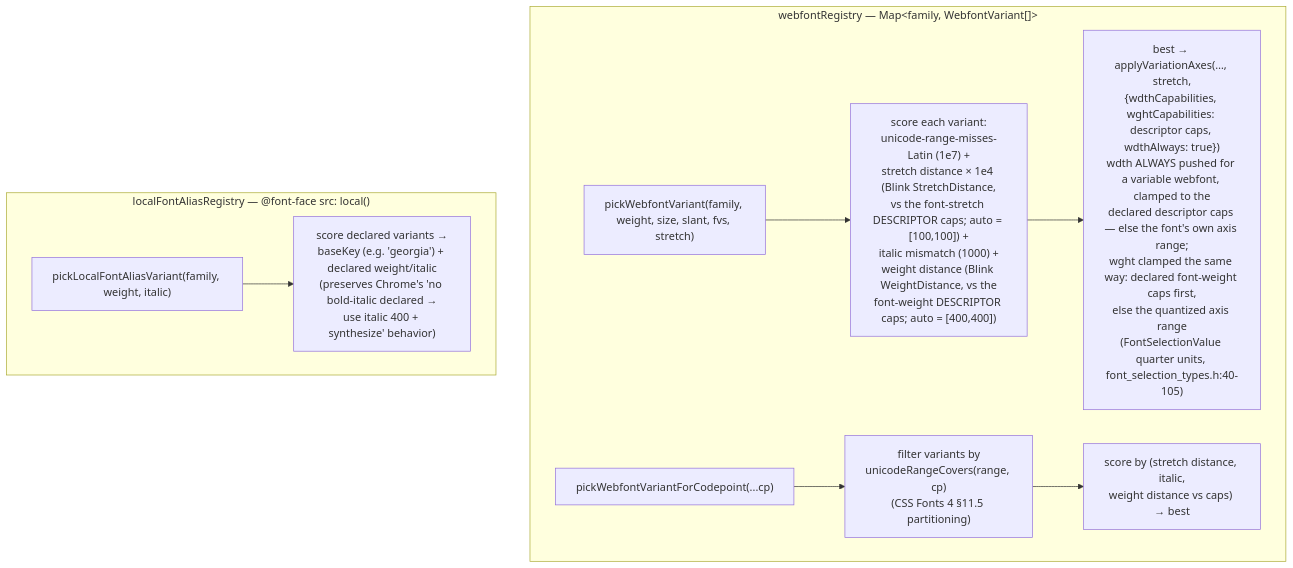
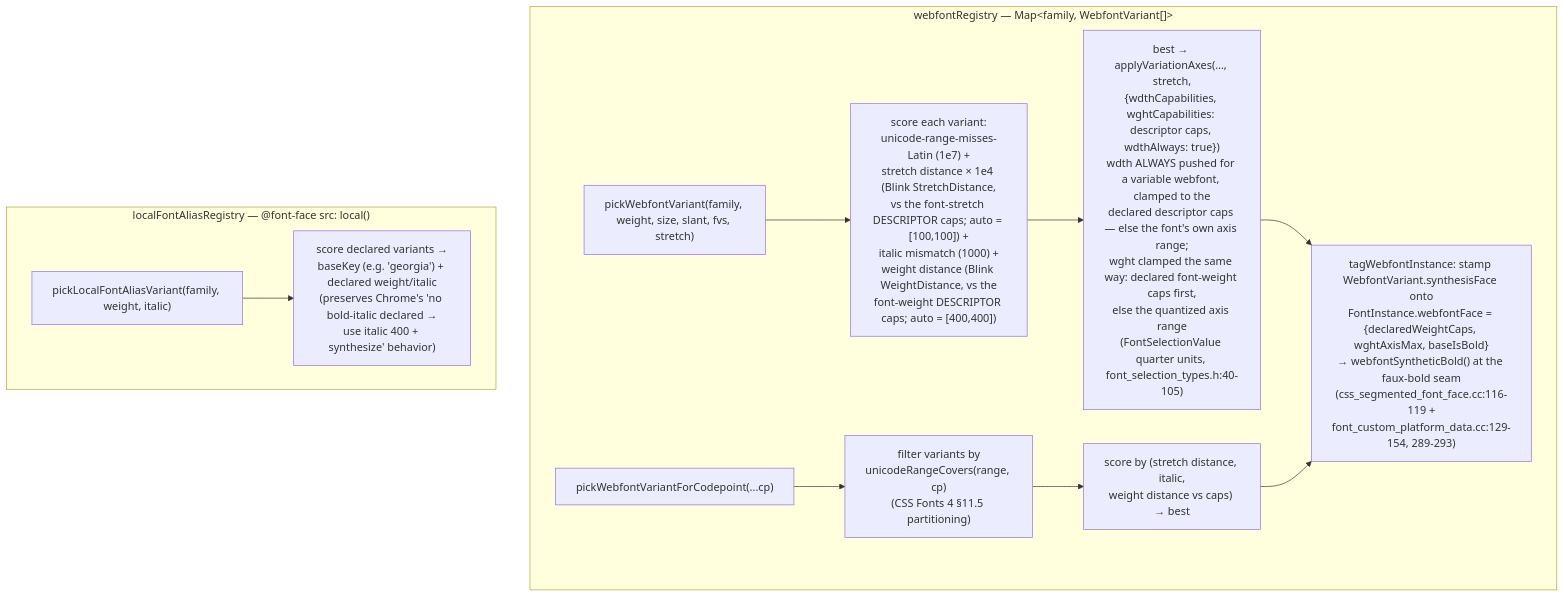
The fourth of 11 diagrams in docs/font-resolution-diagram.md (brianwestphal/domotion), drawn with Mermaid before and after one commit. The commit also changed other lines of this file and 3 other files, not shown here.

````diff
--- a/docs/font-resolution-diagram.md
+++ b/docs/font-resolution-diagram.md
@@ -533,12 +554,14 @@
 ```mermaid
 flowchart TD
   subgraph WF["webfontRegistry — Map&lt;family, WebfontVariant[]&gt;"]
     W0["pickWebfontVariant(family, weight, size, slant, fvs, stretch)"] --> W1["score each variant:<br/>unicode-range-misses-Latin (1e7) +<br/>stretch distance × 1e4 (Blink StretchDistance,<br/>vs the font-stretch DESCRIPTOR caps; auto = [100,100]) +<br/>italic mismatch (1000) +<br/>weight distance (Blink WeightDistance, vs the<br/>font-weight DESCRIPTOR caps; auto = [400,400])"]
     W1 --> W2["best → applyVariationAxes(…, stretch,<br/>{wdthCapabilities, wghtCapabilities: descriptor caps, wdthAlways: true})<br/>wdth ALWAYS pushed for a variable webfont, clamped to the<br/>declared descriptor caps — else the font's own axis range;<br/>wght clamped the same way: declared font-weight caps first,<br/>else the quantized axis range<br/>(FontSelectionValue quarter units, font_selection_types.h:40-105)"]
+    W2 --> W3["tagWebfontInstance: stamp WebfontVariant.synthesisFace onto<br/>FontInstance.webfontFace = {declaredWeightCaps, wghtAxisMax, baseIsBold}<br/>→ webfontSyntheticBold() at the faux-bold seam<br/>(css_segmented_font_face.cc:116-119 +<br/>font_custom_platform_data.cc:129-154, 289-293)"]
     P0["pickWebfontVariantForCodepoint(...cp)"] --> P1["filter variants by<br/>unicodeRangeCovers(range, cp)<br/>(CSS Fonts 4 §11.5 partitioning)"]
     P1 --> P2["score by (stretch distance, italic,<br/>weight distance vs caps) → best"]
+    P2 --> W3
   end
   subgraph LA["localFontAliasRegistry — @font-face src: local()"]
     LA0["pickLocalFontAliasVariant(family, weight, italic)"] --> LA1["score declared variants →<br/>baseKey (e.g. 'georgia') + declared weight/italic<br/>(preserves Chrome's 'no bold-italic declared →<br/>use italic 400 + synthesize' behavior)"]
   end
 ```
````
